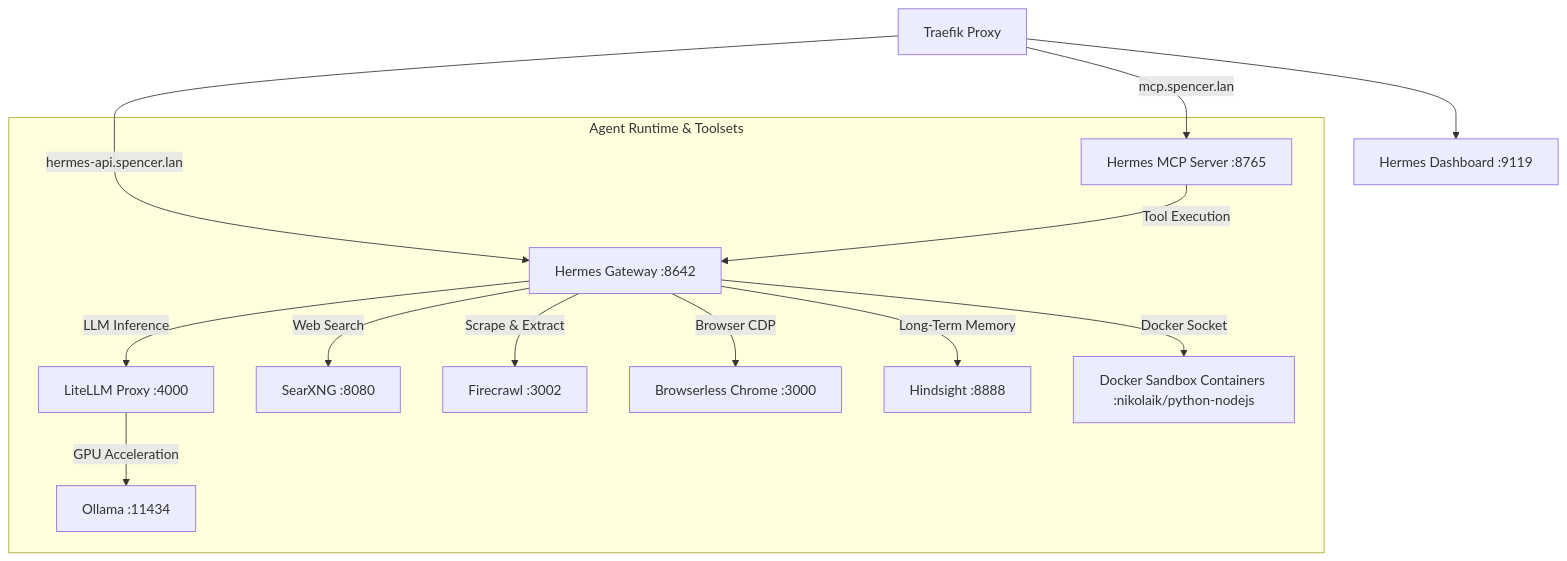
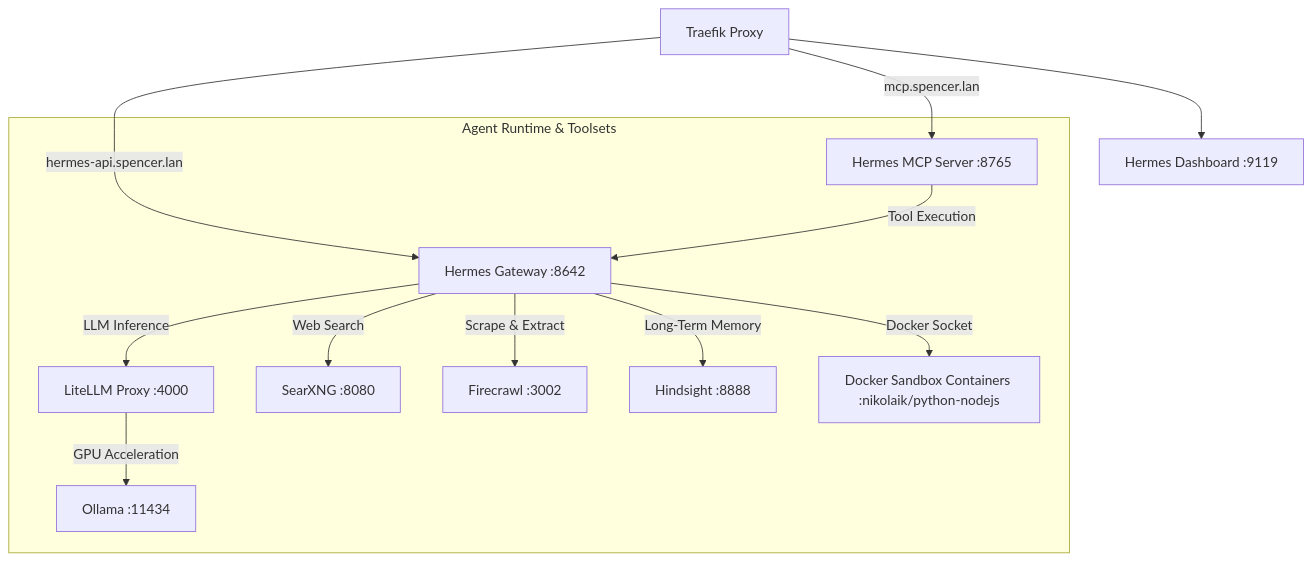
One commit to jamesbspencer/homelab changed the diagram in docs/hermes.md. Above: the diagram before and after it, drawn with Mermaid. The commit also changed other lines of this file and 15 other files, not shown here.

````diff
--- a/docs/hermes.md
+++ b/docs/hermes.md
@@ -22,17 +22,16 @@
 ```mermaid
 graph TD
     Traefik[Traefik Proxy] -->|<hermes-public-domain>| Dashboard[Hermes Dashboard :9119]
     Traefik -->|hermes-api.spencer.lan| Gateway[Hermes Gateway :8642]
     Traefik -->|mcp.spencer.lan| MCPServer[Hermes MCP Server :8765]
     
     subgraph Agent Runtime & Toolsets
         Gateway -->|LLM Inference| LiteLLM[LiteLLM Proxy :4000]
         LiteLLM -->|GPU Acceleration| Ollama[Ollama :11434]
         MCPServer -->|Tool Execution| Gateway
         Gateway -->|Web Search| SearXNG[SearXNG :8080]
         Gateway -->|Scrape & Extract| Firecrawl[Firecrawl :3002]
-        Gateway -->|Browser CDP| Browserless[Browserless Chrome :3000]
         Gateway -->|Long-Term Memory| Hindsight[Hindsight :8888]
         Gateway -->|Docker Socket| Sandbox[Docker Sandbox Containers :nikolaik/python-nodejs]
     end
 ```
````
